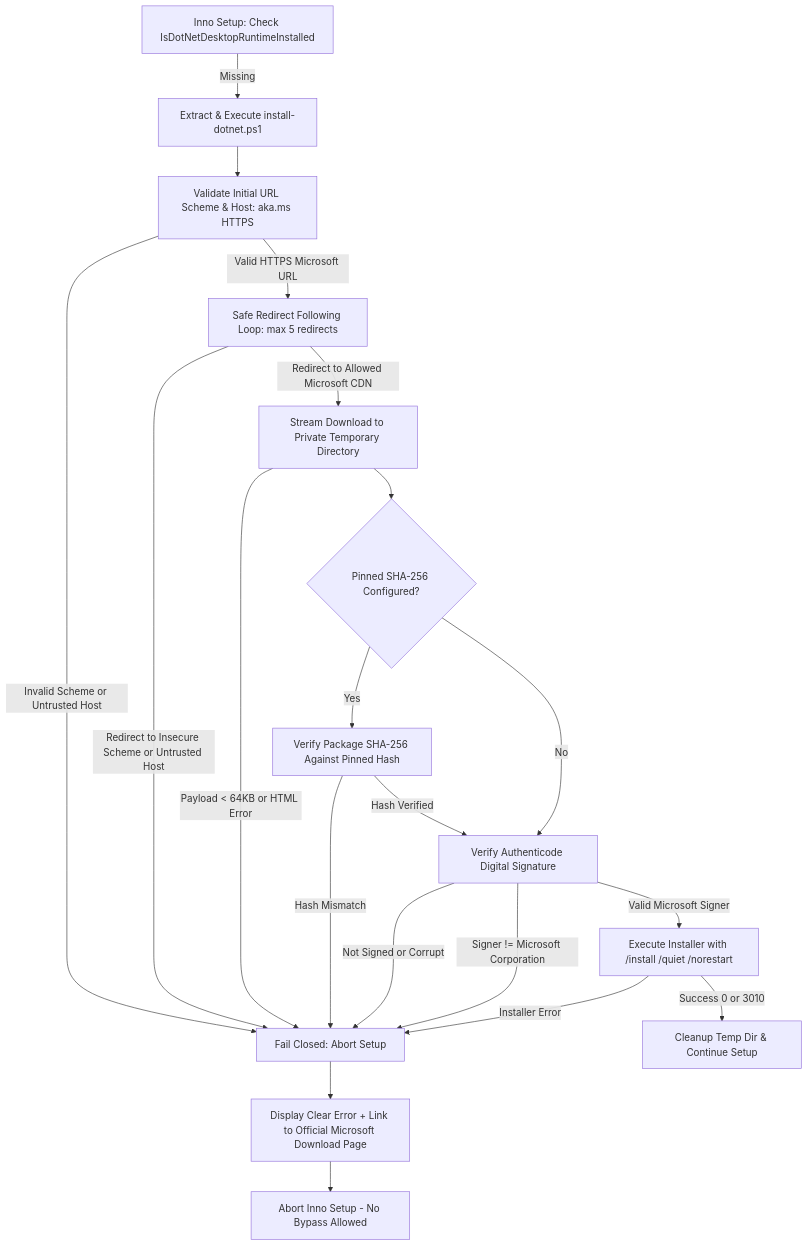
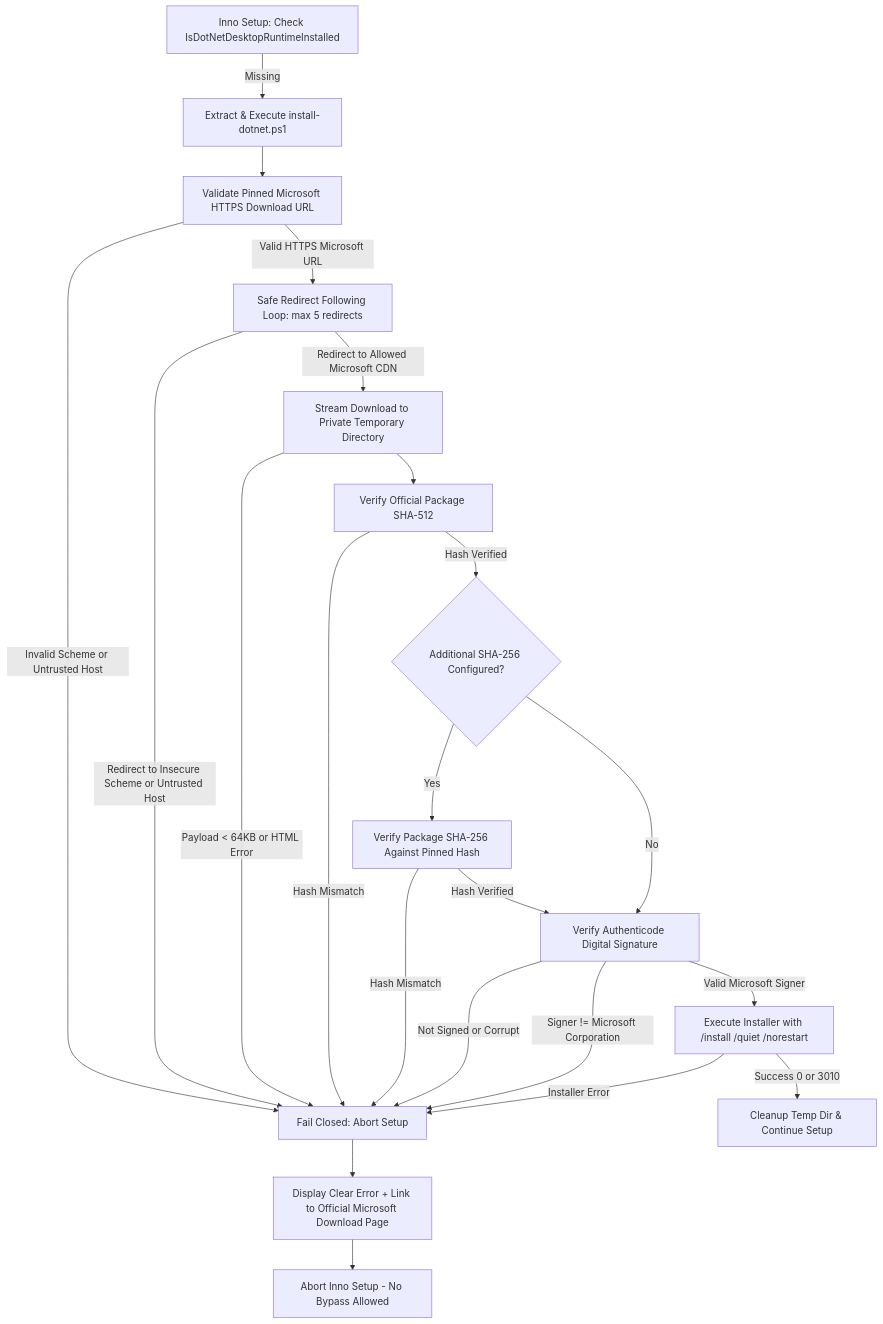
Before and after one commit to mrAbhimanyuVishwakarma/AxePower: the diagram in docs/security/RUNTIME_BOOTSTRAP.md, drawn with Mermaid. The commit also changed other lines of this file and 70 other files, not shown here.

````diff
--- a/docs/security/RUNTIME_BOOTSTRAP.md
+++ b/docs/security/RUNTIME_BOOTSTRAP.md
@@ -14,22 +14,24 @@
 ```mermaid
 graph TD
     A[Inno Setup: Check IsDotNetDesktopRuntimeInstalled] -->|Missing| B[Extract & Execute install-dotnet.ps1]
-    B --> C[Validate Initial URL Scheme & Host: aka.ms HTTPS]
+    B --> C[Validate Pinned Microsoft HTTPS Download URL]
     C -->|Invalid Scheme or Untrusted Host| X[Fail Closed: Abort Setup]
     C -->|Valid HTTPS Microsoft URL| D[Safe Redirect Following Loop: max 5 redirects]
     D -->|Redirect to Insecure Scheme or Untrusted Host| X
     D -->|Redirect to Allowed Microsoft CDN| E[Stream Download to Private Temporary Directory]
     E -->|Payload < 64KB or HTML Error| X
-    E --> F{Pinned SHA-256 Configured?}
+    E --> S[Verify Official Package SHA-512]
+    S -->|Hash Mismatch| X
+    S -->|Hash Verified| F{Additional SHA-256 Configured?}
     F -->|Yes| G[Verify Package SHA-256 Against Pinned Hash]
     G -->|Hash Mismatch| X
     G -->|Hash Verified| H[Verify Authenticode Digital Signature]
     F -->|No| H
     H -->|Not Signed or Corrupt| X
     H -->|Signer != Microsoft Corporation| X
     H -->|Valid Microsoft Signer| I[Execute Installer with /install /quiet /norestart]
     I -->|Success 0 or 3010| J[Cleanup Temp Dir & Continue Setup]
     I -->|Installer Error| X
     X --> K[Display Clear Error + Link to Official Microsoft Download Page]
     K --> L[Abort Inno Setup - No Bypass Allowed]
 ```
````
